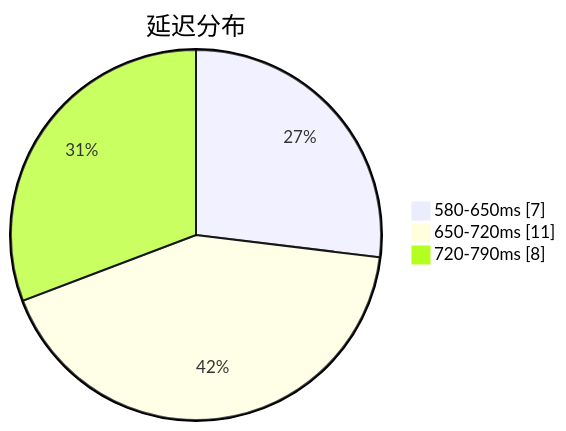
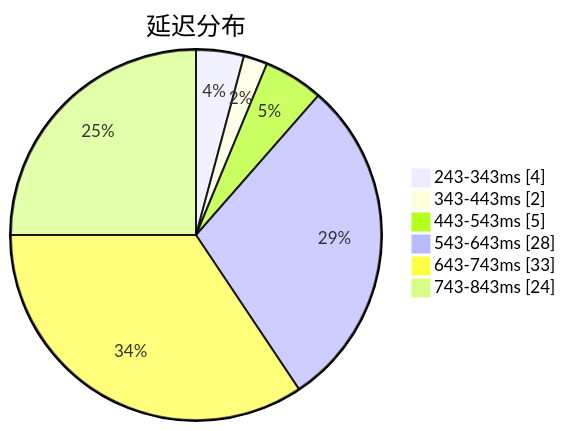
Before and after one commit to qjlxg/airport: the first of 3 diagrams in subs/statistics/tested_within.md, drawn with Mermaid. The commit also changed other lines of this file and 2 other files, not shown here.

Commit message:
Tested by metaST

````diff
--- a/subs/statistics/tested_within.md
+++ b/subs/statistics/tested_within.md
@@ -2,7 +2,10 @@
 ```mermaid
 pie showData
 title 延迟分布
-"580-650ms" : 7
-"650-720ms" : 11
-"720-790ms" : 8
+"243-343ms" : 4
+"343-443ms" : 2
+"443-543ms" : 5
+"543-643ms" : 28
+"643-743ms" : 33
+"743-843ms" : 24
 ```
````
